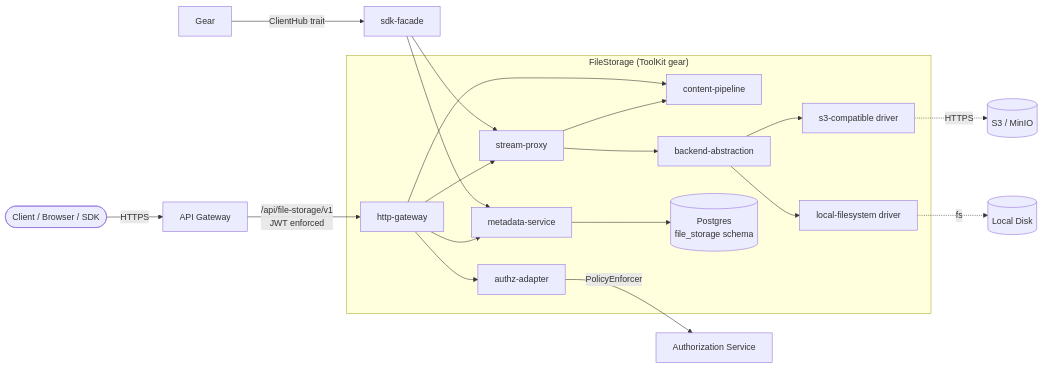
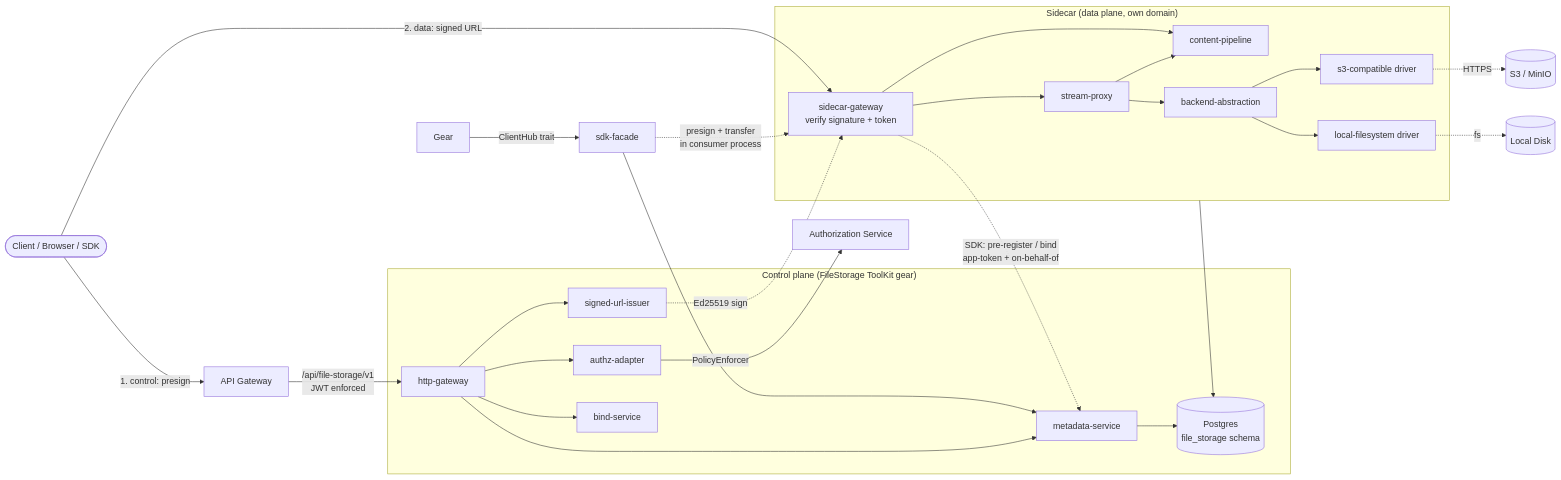
One commit to refur-nfn/gears-rust changed the first of 8 diagrams in gears/file-storage/docs/DESIGN.md. Above: the diagram before and after it, drawn with Mermaid. The commit also changed other lines of this file and 6 other files, not shown here.

````diff
--- a/gears/file-storage/docs/DESIGN.md
+++ b/gears/file-storage/docs/DESIGN.md
@@ -127,26 +142,35 @@
 ```mermaid
 graph LR
-    Client([Client / Browser / SDK]) -->|HTTPS| AGW[API Gateway]
+    Client([Client / Browser / SDK]) -->|1. control: presign| AGW[API Gateway]
     AGW -->|/api/file-storage/v1<br/>JWT enforced| HGW
+    Client -->|2. data: signed URL| SCGW
 
     Gear[Gear] -->|ClientHub trait| SDK[sdk-facade]
     SDK --> Meta
-    SDK --> Stream
+    SDK -.->|presign + transfer<br/>in consumer process| SCGW
 
-    subgraph FileStorage["FileStorage (ToolKit gear)"]
+    subgraph CP["Control plane (FileStorage ToolKit gear)"]
       HGW[http-gateway]
-      HGW --> Pipe[content-pipeline]
-      HGW --> Stream[stream-proxy]
       HGW --> Meta[metadata-service]
       HGW --> AZ[authz-adapter]
+      HGW --> SUI[signed-url-issuer]
+      HGW --> BIND[bind-service]
+      Meta --> DB[(Postgres<br/>file_storage schema)]
+    end
+
+    subgraph SC["Sidecar (data plane, own domain)"]
+      SCGW[sidecar-gateway<br/>verify signature + token] --> Pipe[content-pipeline]
+      SCGW --> Stream[stream-proxy]
       Stream --> Pipe
       Stream --> BA[backend-abstraction]
-      Meta --> DB[(Postgres<br/>file_storage schema)]
       BA --> S3D[s3-compatible driver]
       BA --> LFS[local-filesystem driver]
     end
 
+    SCGW -.->|SDK: pre-register / bind<br/>app-token + on-behalf-of| Meta
+    SUI -.->|Ed25519 sign| SCGW
     AZ -->|PolicyEnforcer| AuthZ[Authorization Service]
+    SC --> DB
     S3D -.->|HTTPS| S3[(S3 / MinIO)]
     LFS -.->|fs| Disk[(Local Disk)]
 ```
````
